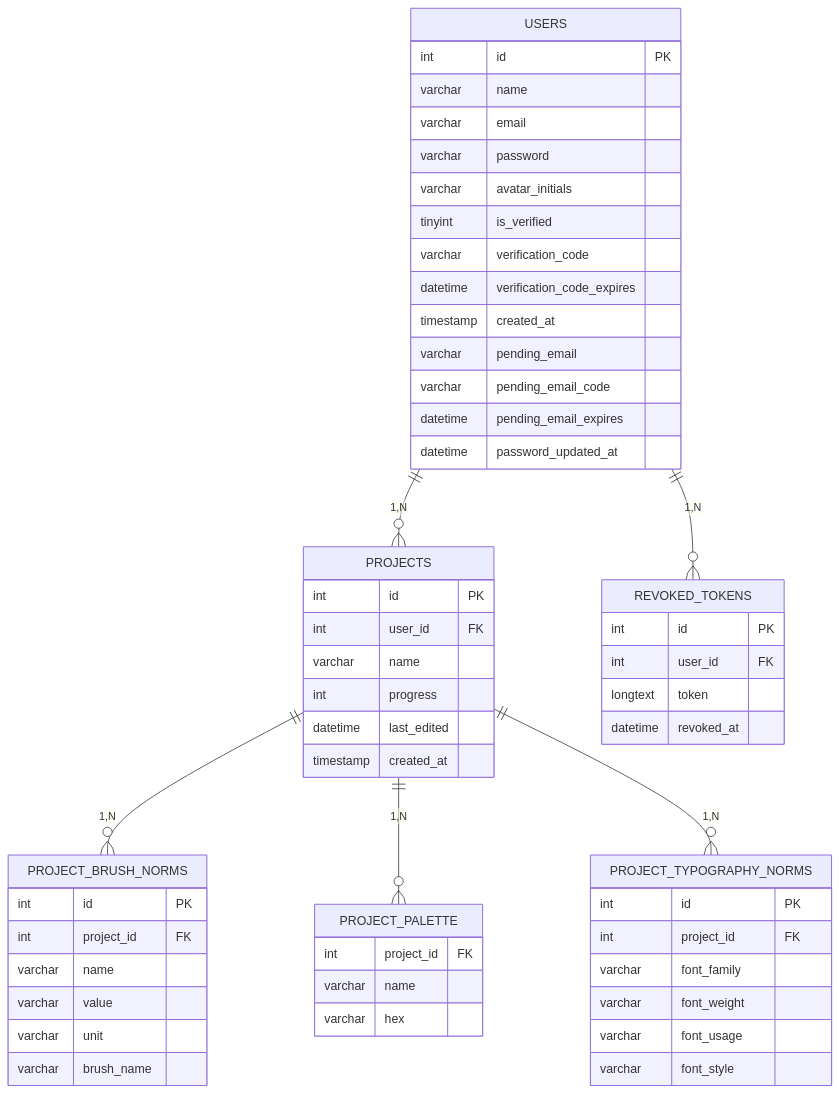
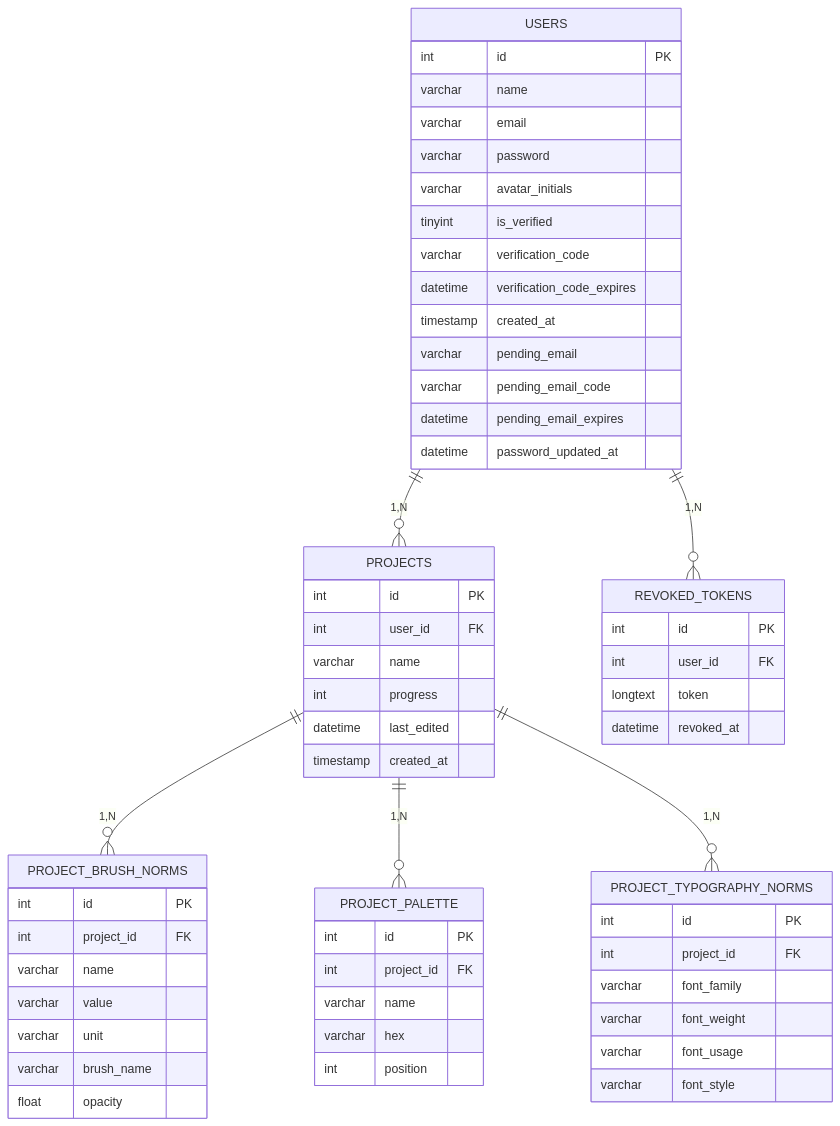
Before and after one commit to AxelleDev/FrameSet: the diagram in docs/erd_mermaid.md, drawn with Mermaid. The commit also changed other lines of this file and 2 other files, not shown here.

````diff
--- a/docs/erd_mermaid.md
+++ b/docs/erd_mermaid.md
@@ -5,59 +5,62 @@
 ```mermaid
 erDiagram
     USERS {
       int id PK
       varchar name
       varchar email
       varchar password
       varchar avatar_initials
       tinyint is_verified
       varchar verification_code
       datetime verification_code_expires
       timestamp created_at
       varchar pending_email
       varchar pending_email_code
       datetime pending_email_expires
       datetime password_updated_at
     }
     PROJECTS {
       int id PK
       int user_id FK
       varchar name
       int progress
       datetime last_edited
       timestamp created_at
     }
     PROJECT_BRUSH_NORMS {
       int id PK
       int project_id FK
       varchar name
       varchar value
       varchar unit
       varchar brush_name
+      float opacity
     }
     PROJECT_PALETTE {
+      int id PK
       int project_id FK
       varchar name
       varchar hex
+      int position
     }
     PROJECT_TYPOGRAPHY_NORMS {
       int id PK
       int project_id FK
       varchar font_family
       varchar font_weight
       varchar font_usage
       varchar font_style
     }
     REVOKED_TOKENS {
       int id PK
       int user_id FK
       longtext token
       datetime revoked_at
     }
 
     USERS ||--o{ PROJECTS : "1,N"
     PROJECTS ||--o{ PROJECT_BRUSH_NORMS : "1,N"
     PROJECTS ||--o{ PROJECT_PALETTE : "1,N"
     PROJECTS ||--o{ PROJECT_TYPOGRAPHY_NORMS : "1,N"
     USERS ||--o{ REVOKED_TOKENS : "1,N"
 ```
````
